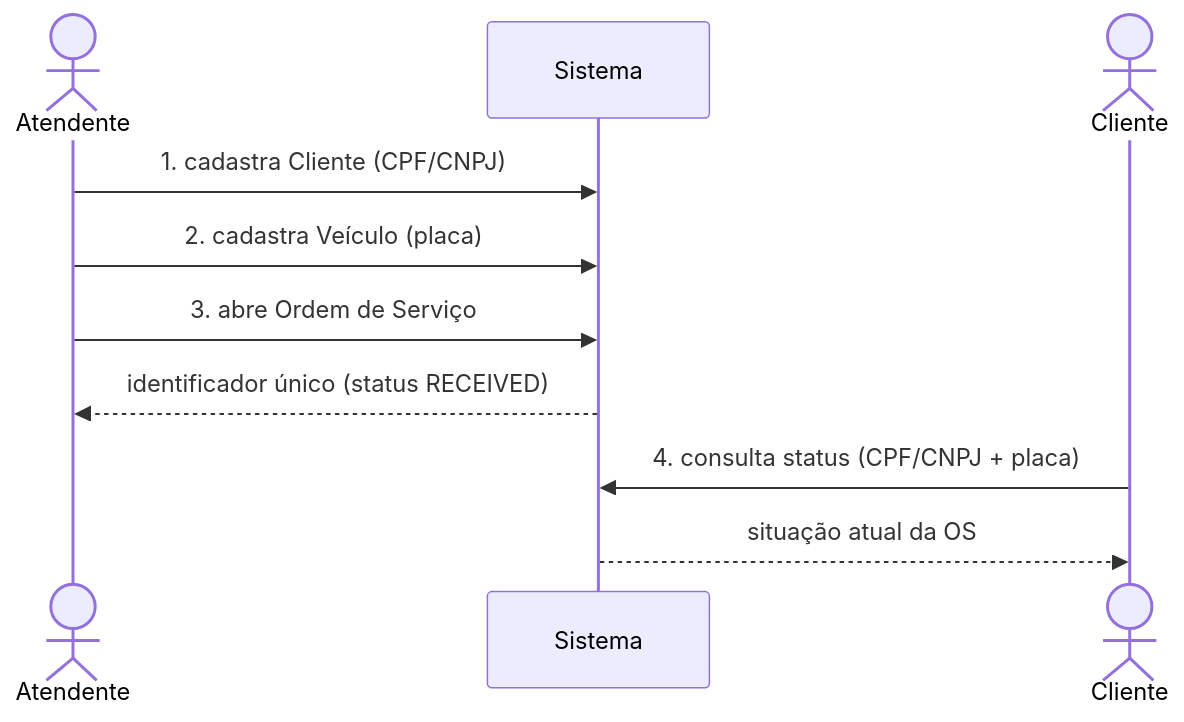
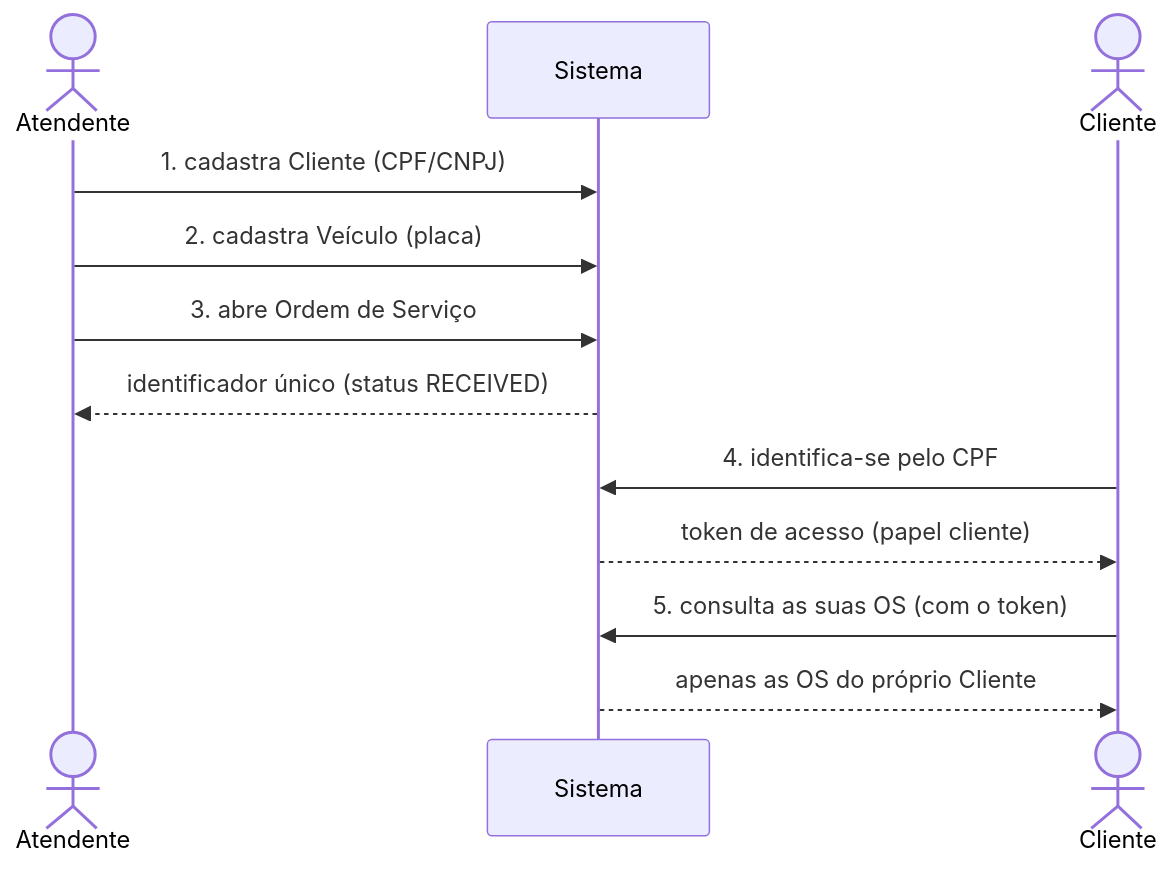
Before and after one commit to bregaldahq/oficina-mecanica-tech-challenge: the first of 2 diagrams in docs/DOMAIN-STORYTELLING.md, drawn with Mermaid. The commit also changed other lines of this file and 215 other files, not shown here.

````diff
--- a/docs/DOMAIN-STORYTELLING.md
+++ b/docs/DOMAIN-STORYTELLING.md
@@ -30,12 +31,14 @@
 ```mermaid
 sequenceDiagram
     actor Atendente
     participant Sistema
     actor Cliente
     Atendente->>Sistema: 1. cadastra Cliente (CPF/CNPJ)
     Atendente->>Sistema: 2. cadastra Veículo (placa)
     Atendente->>Sistema: 3. abre Ordem de Serviço
     Sistema-->>Atendente: identificador único (status RECEIVED)
-    Cliente->>Sistema: 4. consulta status (CPF/CNPJ + placa)
-    Sistema-->>Cliente: situação atual da OS
+    Cliente->>Sistema: 4. identifica-se pelo CPF
+    Sistema-->>Cliente: token de acesso (papel cliente)
+    Cliente->>Sistema: 5. consulta as suas OS (com o token)
+    Sistema-->>Cliente: apenas as OS do próprio Cliente
 ```
````
